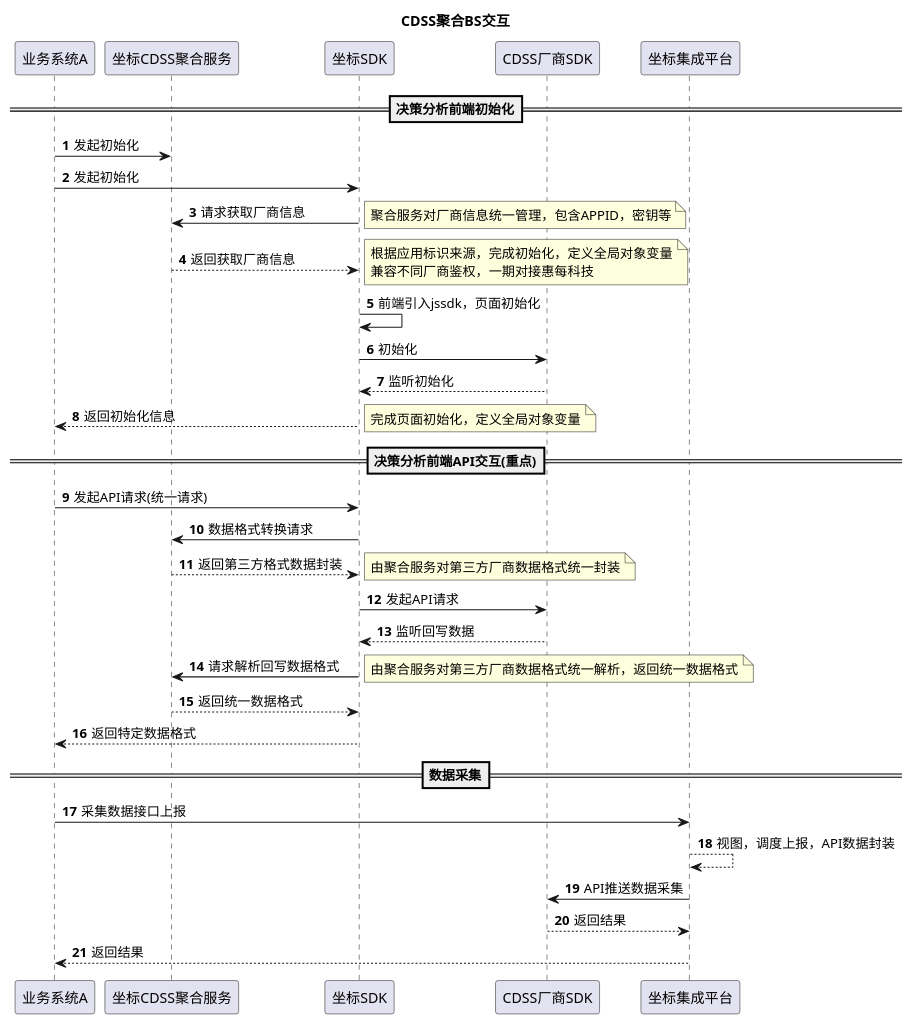
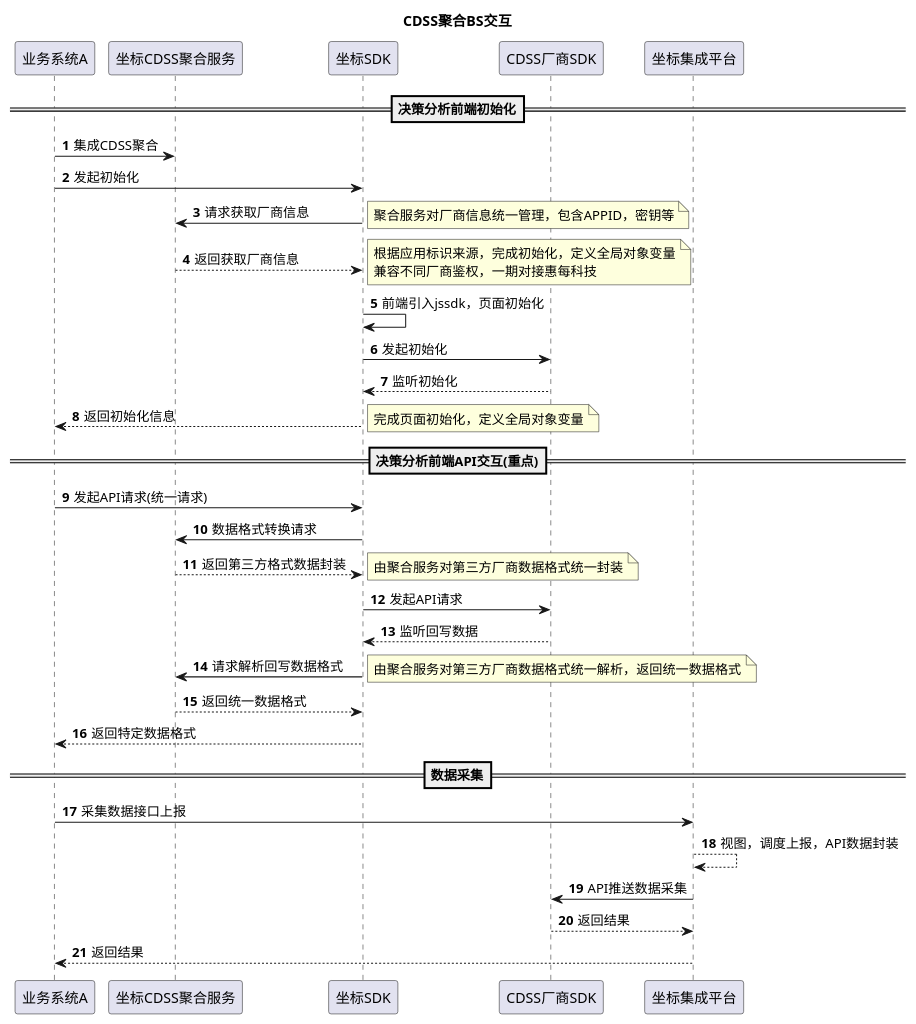
The diagram in uml/cnhis/CDSS聚合交互.puml (aoheng/PlantUML), drawn with PlantUML before and after one commit.

Commit message:
feat: cdss知识库

```diff
--- a/uml/cnhis/CDSS聚合交互.puml
+++ b/uml/cnhis/CDSS聚合交互.puml
@@ -1,50 +1,50 @@
 @startuml
 'https://plantuml.com/sequence-diagram
 title CDSS聚合BS交互
 autonumber
 
 ==决策分析前端初始化==
-业务系统A -> 坐标CDSS聚合服务: 发起初始化
+业务系统A -> 坐标CDSS聚合服务: 集成CDSS聚合
 业务系统A -> 坐标SDK: 发起初始化
 坐标SDK -> 坐标CDSS聚合服务: 请求获取厂商信息
 note right
 聚合服务对厂商信息统一管理，包含APPID，密钥等
 end note
 坐标SDK <-- 坐标CDSS聚合服务: 返回获取厂商信息
 note right
 根据应用标识来源，完成初始化，定义全局对象变量
 兼容不同厂商鉴权，一期对接惠每科技
 end note
 坐标SDK -> 坐标SDK:前端引入jssdk，页面初始化
-坐标SDK -> CDSS厂商SDK:初始化
+坐标SDK -> CDSS厂商SDK:发起初始化
 坐标SDK <-- CDSS厂商SDK:监听初始化
 业务系统A <-- 坐标SDK:返回初始化信息
 note right
 完成页面初始化，定义全局对象变量
 end note
 
 
 ==决策分析前端API交互(重点)==
 业务系统A ->坐标SDK: 发起API请求(统一请求)
 坐标SDK ->坐标CDSS聚合服务: 数据格式转换请求
 坐标CDSS聚合服务 -->坐标SDK: 返回第三方格式数据封装
 note right
 由聚合服务对第三方厂商数据格式统一封装
 end note
 坐标SDK ->CDSS厂商SDK: 发起API请求
 坐标SDK <--CDSS厂商SDK: 监听回写数据
 坐标CDSS聚合服务 <- 坐标SDK:请求解析回写数据格式
 note right
 由聚合服务对第三方厂商数据格式统一解析，返回统一数据格式
 end note
 坐标CDSS聚合服务 --> 坐标SDK:返回统一数据格式
 业务系统A <-- 坐标SDK:返回特定数据格式
 
 
 ==数据采集==
 业务系统A ->坐标集成平台:采集数据接口上报
 坐标集成平台 --> 坐标集成平台:视图，调度上报，API数据封装
 坐标集成平台 ->CDSS厂商SDK: API推送数据采集
 坐标集成平台 <--CDSS厂商SDK:返回结果
 业务系统A <--坐标集成平台:返回结果
 @enduml
```
